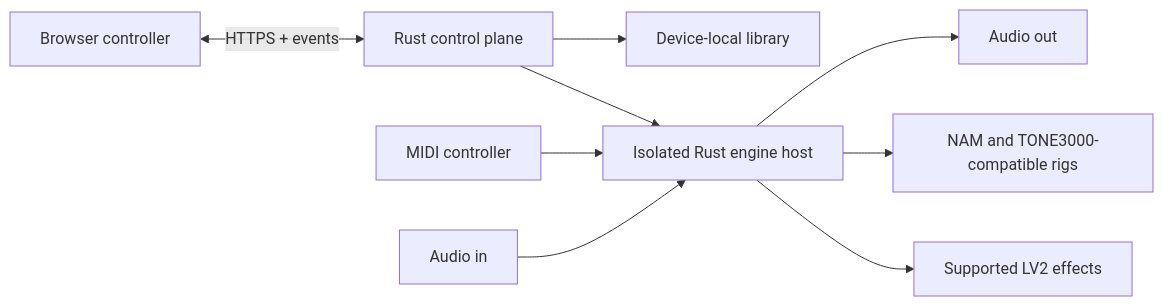
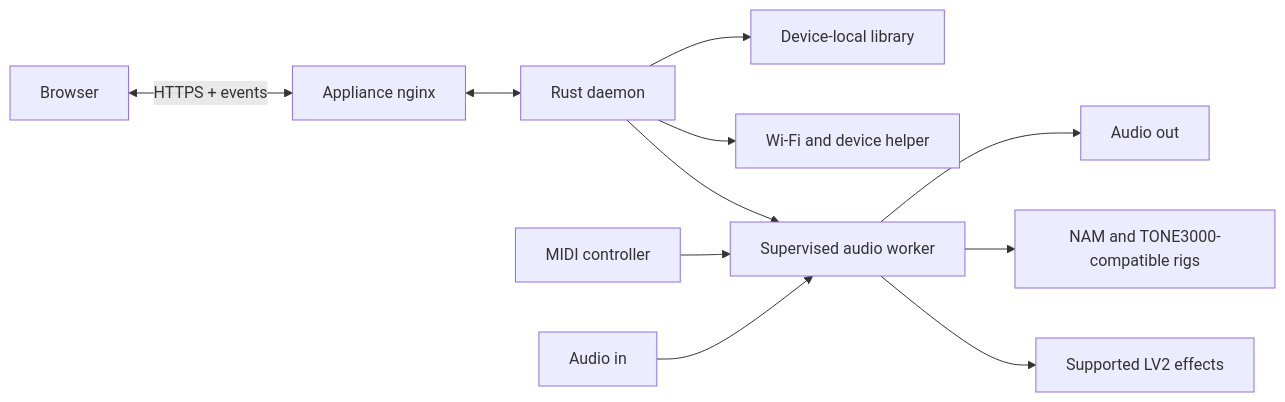
Before and after one commit to oxidalhq/oxidal: the diagram in README.md, drawn with Mermaid. The commit also changed other lines of this file and 3 other files, not shown here.

Commit message:
docs: update appliance and architecture overview

````diff
--- a/README.md
+++ b/README.md
@@ -66,10 +69,12 @@
 ```mermaid
 flowchart LR
-    UI[Browser controller] <-->|HTTPS + events| API[Rust control plane]
+    UI[Browser] <-->|HTTPS + events| Proxy[Appliance nginx]
+    Proxy <--> API[Rust daemon]
     API --> Store[Device-local library]
-    API --> DSP[Isolated Rust engine host]
+    API --> Device[Wi-Fi and device helper]
+    API --> DSP[Supervised audio worker]
     MIDI[MIDI controller] --> DSP
     Input[Audio in] --> DSP --> Output[Audio out]
     DSP --> Native[NAM and TONE3000-compatible rigs]
     DSP --> LV2[Supported LV2 effects]
 ```
````
